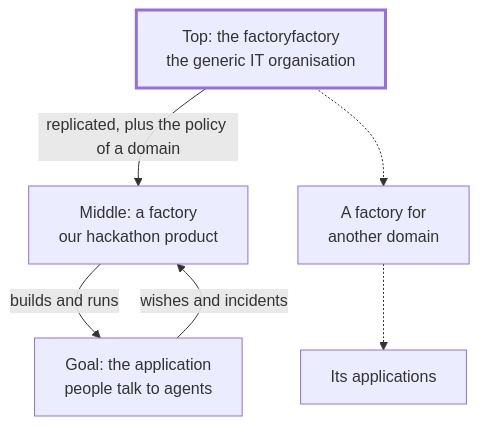
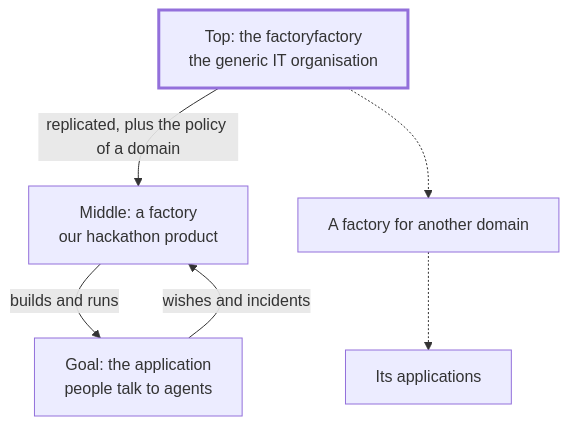
Before and after one commit to bvd/factory-factory-mistral-hackaton: the third of 3 diagrams in README.md, drawn with Mermaid. The commit also changed other lines of this file, not shown here.

First line of the commit message:
Diagrams: readable on GitHub

````diff
--- a/README.md
+++ b/README.md
@@ -109,17 +106,18 @@
 ```mermaid
+%%{init: {"flowchart": {"wrappingWidth": 420}}}%%
 flowchart TB
   FF["Top: the factoryfactory<br/>the generic IT organisation"]
   F1["Middle: a factory<br/>our hackathon product"]
-  F2["A factory for<br/>another domain"]
+  F2["A factory for another domain"]
   A1["Goal: the application<br/>people talk to agents"]
   A2["Its applications"]
 
   FF -->|replicated, plus the policy of a domain| F1
   FF -.-> F2
   F1 -->|builds and runs| A1
   A1 -->|wishes and incidents| F1
   F2 -.-> A2
 
   classDef key stroke-width:3px;
   class FF key;
 ```
````
